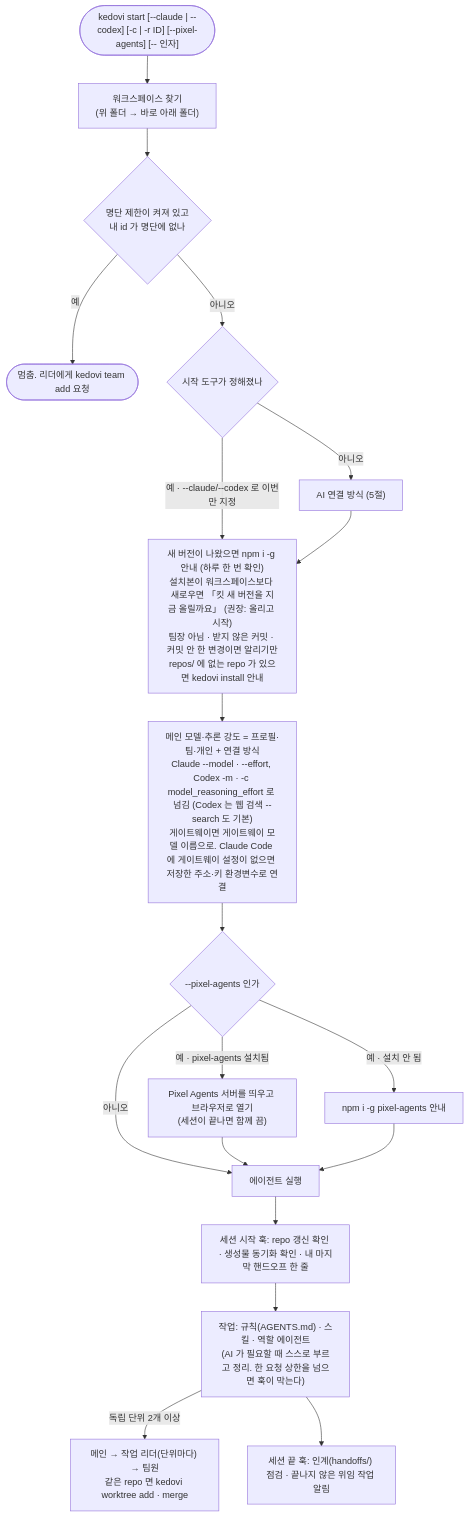
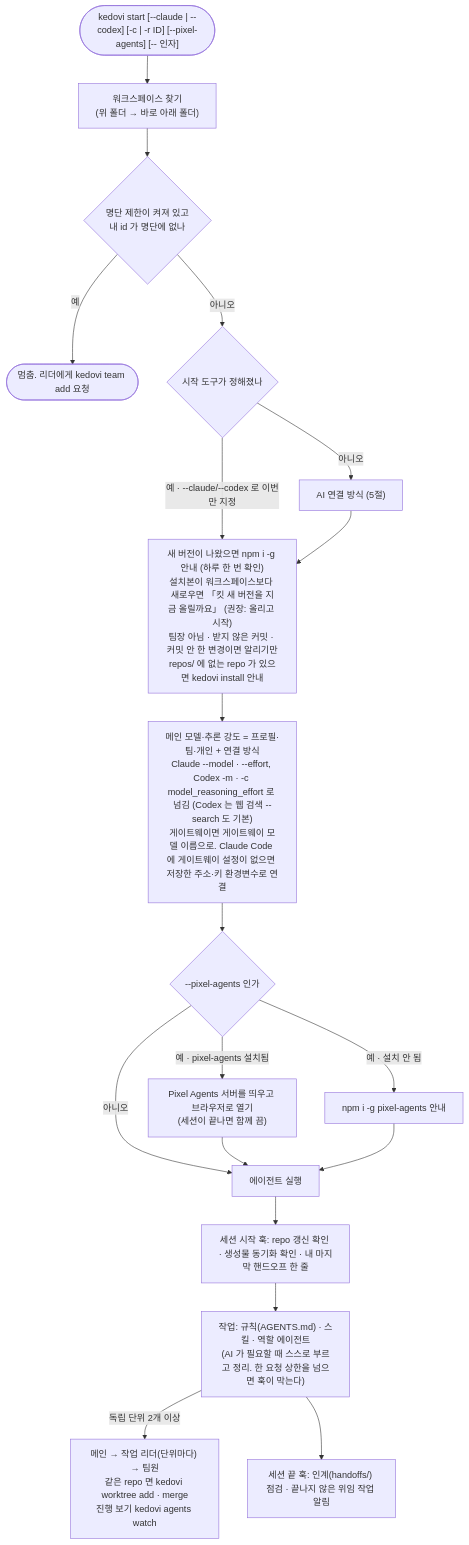
One commit to evrenjo/kedovi changed the seventh of 9 diagrams in docs/workflow.md. Above: the diagram before and after it, drawn with Mermaid. The commit also changed other lines of this file and 58 other files, not shown here.

````diff
--- a/docs/workflow.md
+++ b/docs/workflow.md
@@ -281,21 +281,21 @@
 ```mermaid
 flowchart TD
     S(["kedovi start [--claude | --codex] [-c | -r ID] [--pixel-agents] [-- 인자]"]) --> W["워크스페이스 찾기<br/>(위 폴더 → 바로 아래 폴더)"]
     W --> RS{"명단 제한이 켜져 있고<br/>내 id 가 명단에 없나"}
     RS -->|"예"| RX(["멈춤. 리더에게 kedovi team add 요청"])
     RS -->|"아니오"| A{"시작 도구가 정해졌나"}
     A -->|"아니오"| AG["AI 연결 방식 (5절)"]
     A -->|"예 · --claude/--codex 로 이번만 지정"| V
     AG --> V["새 버전이 나왔으면 npm i -g 안내 (하루 한 번 확인)<br/>설치본이 워크스페이스보다 새로우면 「킷 새 버전을 지금 올릴까요」 (권장: 올리고 시작)<br/>팀장 아님 · 받지 않은 커밋 · 커밋 안 한 변경이면 알리기만<br/>repos/ 에 없는 repo 가 있으면 kedovi install 안내"]
     V --> M["메인 모델·추론 강도 = 프로필·팀·개인 + 연결 방식<br/>Claude --model · --effort, Codex -m · -c model_reasoning_effort 로 넘김 (Codex 는 웹 검색 --search 도 기본)<br/>게이트웨이면 게이트웨이 모델 이름으로. Claude Code 에 게이트웨이 설정이 없으면 저장한 주소·키 환경변수로 연결"]
     M --> PX{"--pixel-agents 인가"}
     PX -->|"예 · pixel-agents 설치됨"| PXO["Pixel Agents 서버를 띄우고 브라우저로 열기<br/>(세션이 끝나면 함께 끔)"]
     PX -->|"예 · 설치 안 됨"| PXW["npm i -g pixel-agents 안내"]
     PX -->|"아니오"| RUN
     PXO --> RUN
     PXW --> RUN["에이전트 실행"]
     RUN --> SS["세션 시작 훅: repo 갱신 확인 · 생성물 동기화 확인 · 내 마지막 핸드오프 한 줄"]
     SS --> WORK["작업: 규칙(AGENTS.md) · 스킬 · 역할 에이전트<br/>(AI 가 필요할 때 스스로 부르고 정리. 한 요청 상한을 넘으면 훅이 막는다)"]
-    WORK -->|"독립 단위 2개 이상"| TIER["메인 → 작업 리더(단위마다) → 팀원<br/>같은 repo 면 kedovi worktree add · merge"]
+    WORK -->|"독립 단위 2개 이상"| TIER["메인 → 작업 리더(단위마다) → 팀원<br/>같은 repo 면 kedovi worktree add · merge<br/>진행 보기 kedovi agents watch"]
     WORK --> STOP["세션 끝 훅: 인계(handoffs/) 점검 · 끝나지 않은 위임 작업 알림"]
 ```
````
